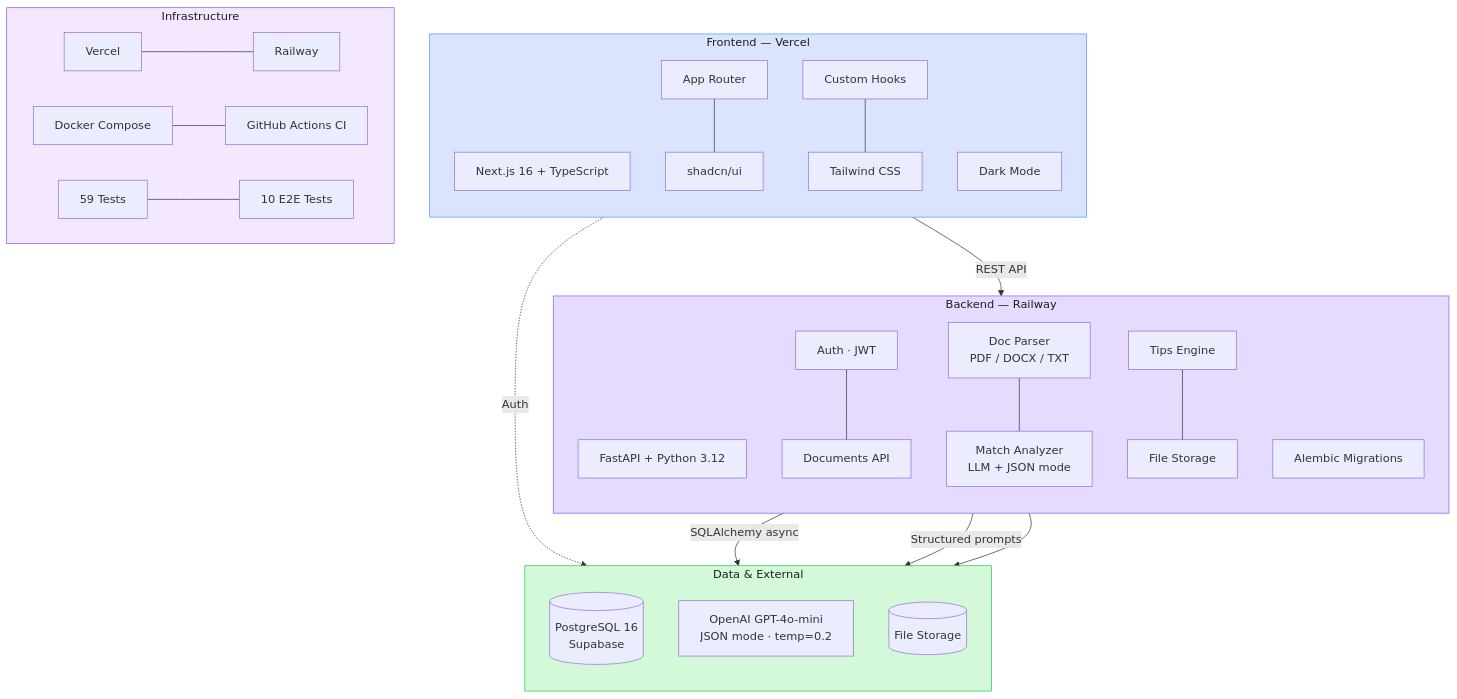
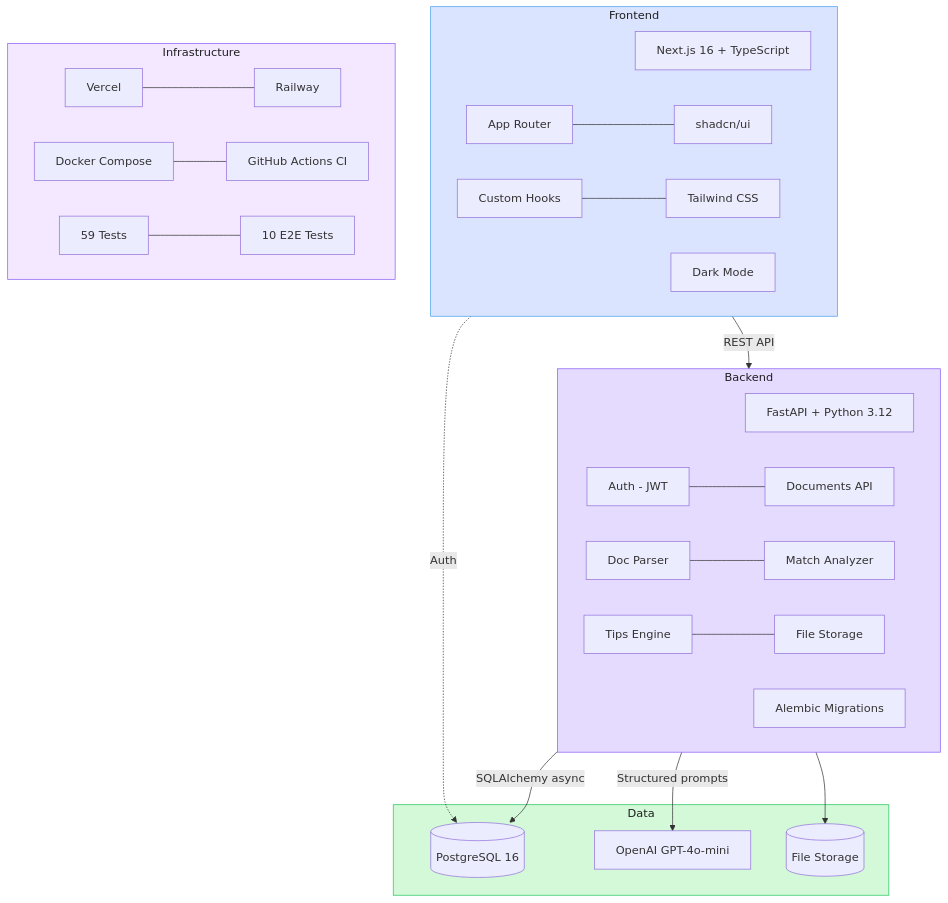
The first of 2 diagrams in README.md (soneeee22000/DocuQuery-dev), drawn with Mermaid before and after one commit. The commit also changed other lines of this file and 1 other file, not shown here.

Commit message:
fix: mermaid diagram syntax for v8.8.0 compatibility
- Remove `direction` keyword (not supported in mermaid 8.x)
- Remove HTML tags, em dashes, middle dots from labels
- Use plain bracket syntax instead of quoted labels
- Use parentheses for cylinder/database nodes

````diff
--- a/README.md
+++ b/README.md
@@ -36,44 +36,40 @@
 ```mermaid
 graph TB
-    subgraph Frontend["Frontend — Vercel"]
-        direction TB
-        NJ["Next.js 16 + TypeScript"]
-        AR["App Router"] --- SC["shadcn/ui"]
-        HK["Custom Hooks"] --- TW["Tailwind CSS"]
-        DM["Dark Mode"]
+    subgraph Frontend
+        NJ[Next.js 16 + TypeScript]
+        AR[App Router] --- SC[shadcn/ui]
+        HK[Custom Hooks] --- TW[Tailwind CSS]
+        DM[Dark Mode]
     end
 
-    subgraph Backend["Backend — Railway"]
-        direction TB
-        FA["FastAPI + Python 3.12"]
-        AUTH["Auth · JWT"] --- DOCS["Documents API"]
-        PARSE["Doc Parser<br/>PDF / DOCX / TXT"] --- ANALYZE["Match Analyzer<br/>LLM + JSON mode"]
-        TIPS["Tips Engine"] --- STORE["File Storage"]
-        ALB["Alembic Migrations"]
+    subgraph Backend
+        FA[FastAPI + Python 3.12]
+        AUTH[Auth - JWT] --- DOCS[Documents API]
+        PARSE[Doc Parser] --- ANALYZE[Match Analyzer]
+        TIPS[Tips Engine] --- STORE[File Storage]
+        ALB[Alembic Migrations]
     end
 
-    subgraph Data["Data & External"]
-        direction TB
-        PG[("PostgreSQL 16<br/>Supabase")]
-        OAI["OpenAI GPT-4o-mini<br/>JSON mode · temp=0.2"]
-        FS[("File Storage")]
+    subgraph Data
+        PG[(PostgreSQL 16)]
+        OAI[OpenAI GPT-4o-mini]
+        FS[(File Storage)]
     end
 
-    subgraph Infra["Infrastructure"]
-        direction LR
-        VCL["Vercel"] --- RWY["Railway"]
-        DCK["Docker Compose"] --- GHA["GitHub Actions CI"]
-        PT["59 Tests"] --- E2E["10 E2E Tests"]
+    subgraph Infrastructure
+        VCL[Vercel] --- RWY[Railway]
+        DCK[Docker Compose] --- GHA[GitHub Actions CI]
+        PT[59 Tests] --- E2E[10 E2E Tests]
     end
 
-    Frontend -->|"REST API"| Backend
-    Frontend -.->|"Auth"| PG
-    Backend -->|"SQLAlchemy async"| PG
-    Backend -->|"Structured prompts"| OAI
+    Frontend -->|REST API| Backend
+    Frontend -.->|Auth| PG
+    Backend -->|SQLAlchemy async| PG
+    Backend -->|Structured prompts| OAI
     Backend --> FS
 
     style Frontend fill:#dbe4ff,stroke:#4a9eed,color:#1e1e1e
     style Backend fill:#e5dbff,stroke:#8b5cf6,color:#1e1e1e
     style Data fill:#d3f9d8,stroke:#22c55e,color:#1e1e1e
-    style Infra fill:#f3e8ff,stroke:#8b5cf6,color:#1e1e1e
+    style Infrastructure fill:#f3e8ff,stroke:#8b5cf6,color:#1e1e1e
 ```
````
